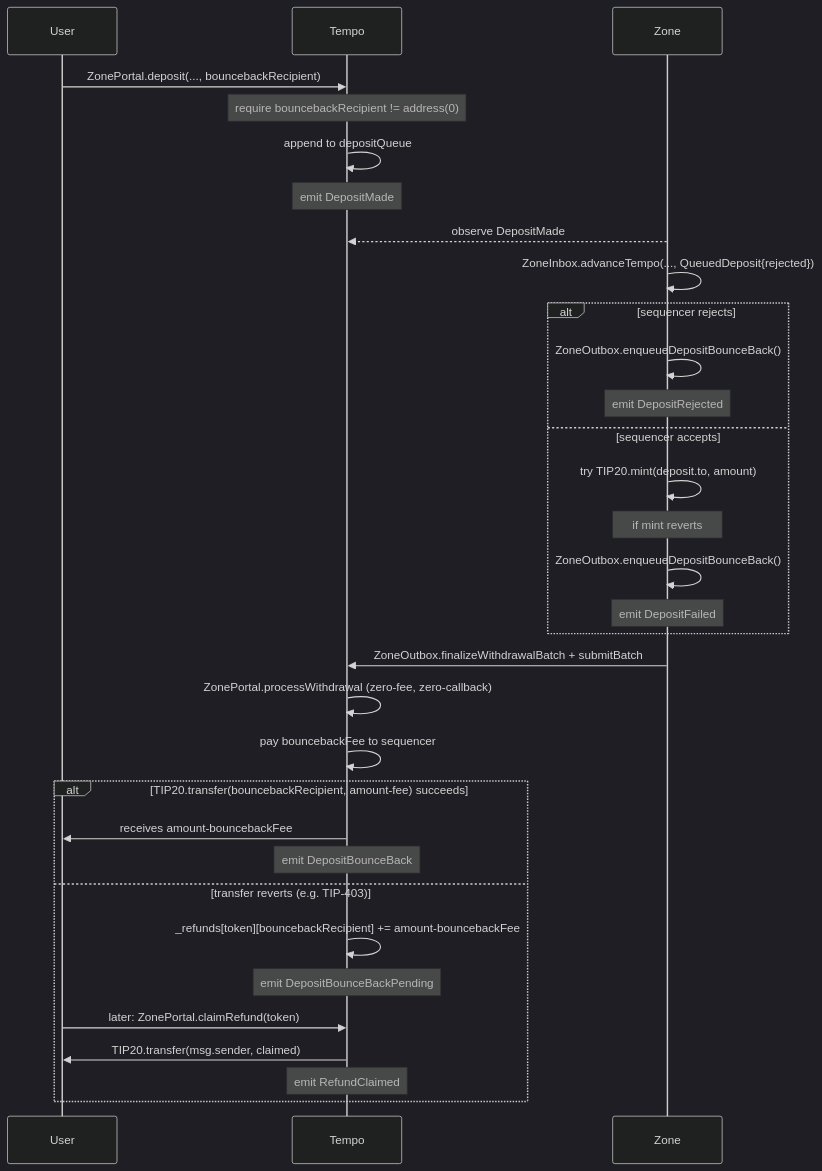
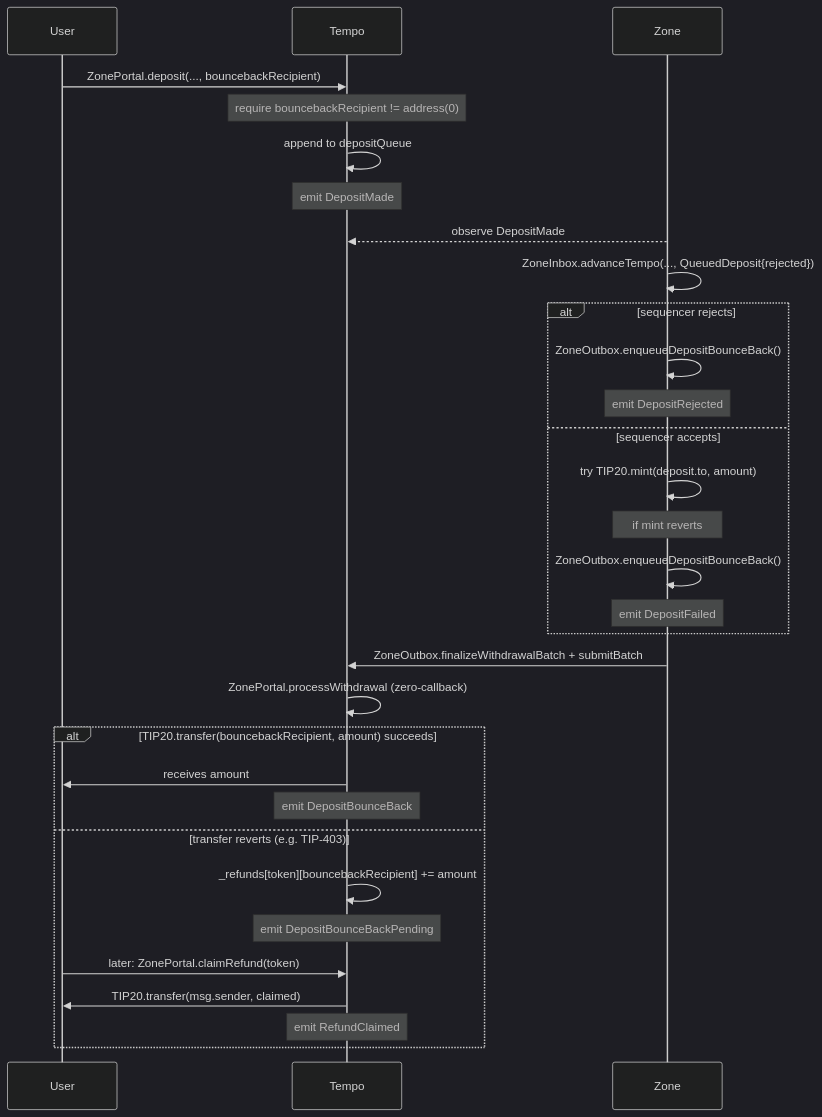
Before and after one commit to Dustin4444/zones: the fourth of 6 diagrams in specs/spec.md, drawn with Mermaid (dark theme). The commit also changed other lines of this file and 13 other files, not shown here.

Commit message:
wip: update bounceback fee handling

````diff
--- a/specs/spec.md
+++ b/specs/spec.md
@@ -503,35 +503,34 @@
 ```mermaid
 sequenceDiagram
     participant U as User
     participant T as Tempo
     participant Z as Zone
 
     U->>T: ZonePortal.deposit(..., bouncebackRecipient)
     Note over T: require bouncebackRecipient != address(0)
     T->>T: append to depositQueue
     Note over T: emit DepositMade
     Z-->>T: observe DepositMade
     Z->>Z: ZoneInbox.advanceTempo(..., QueuedDeposit{rejected})
     alt sequencer rejects
         Z->>Z: ZoneOutbox.enqueueDepositBounceBack()
         Note over Z: emit DepositRejected
     else sequencer accepts
         Z->>Z: try TIP20.mint(deposit.to, amount)
         Note over Z: if mint reverts
         Z->>Z: ZoneOutbox.enqueueDepositBounceBack()
         Note over Z: emit DepositFailed
     end
     Z->>T: ZoneOutbox.finalizeWithdrawalBatch + submitBatch
-    T->>T: ZonePortal.processWithdrawal (zero-fee, zero-callback)
-    T->>T: pay bouncebackFee to sequencer
-    alt TIP20.transfer(bouncebackRecipient, amount-fee) succeeds
-        T->>U: receives amount-bouncebackFee
+    T->>T: ZonePortal.processWithdrawal (zero-callback)
+    alt TIP20.transfer(bouncebackRecipient, amount) succeeds
+        T->>U: receives amount
         Note over T: emit DepositBounceBack
     else transfer reverts (e.g. TIP-403)
-        T->>T: _refunds[token][bouncebackRecipient] += amount-bouncebackFee
+        T->>T: _refunds[token][bouncebackRecipient] += amount
         Note over T: emit DepositBounceBackPending
         U->>T: later: ZonePortal.claimRefund(token)
         T->>U: TIP20.transfer(msg.sender, claimed)
         Note over T: emit RefundClaimed
     end
 ```
````
